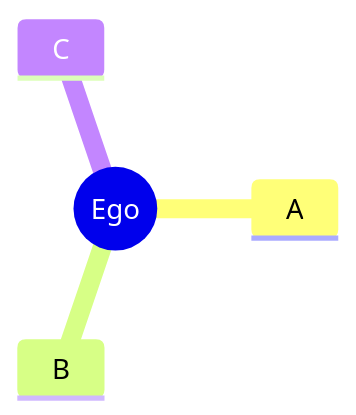
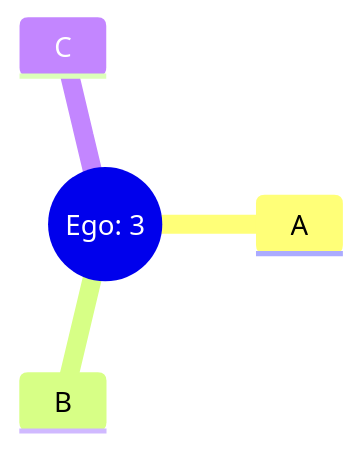
The diagram in learning/na101-basics/learn.md (czrpb/networkanalysis), drawn with Mermaid before and after one commit.

Commit message:
updates: 20231119-150308

````diff
--- a/learning/na101-basics/learn.md
+++ b/learning/na101-basics/learn.md
@@ -38,7 +38,7 @@
 ```mermaid
 mindmap
-  root(("Ego"))
+  root(("Ego: 3"))
     A
     B
     C
 ```
````
